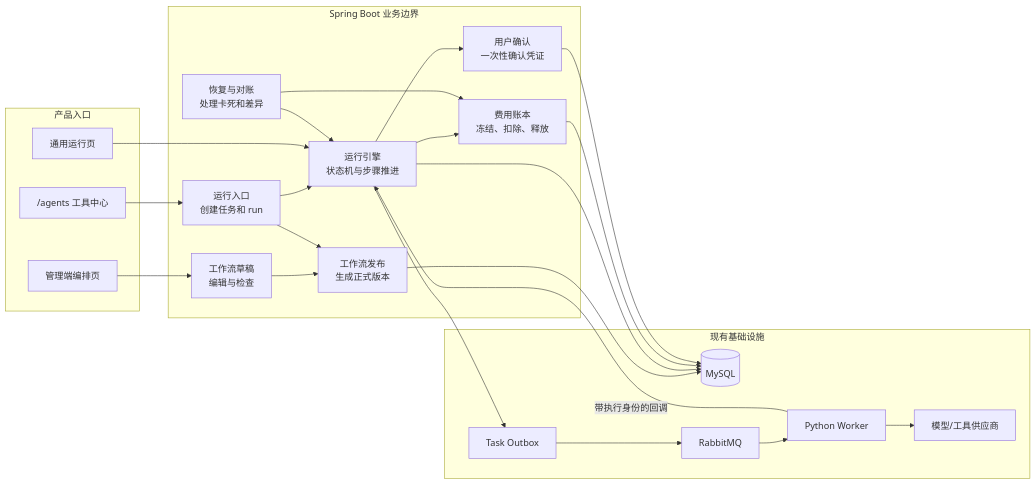
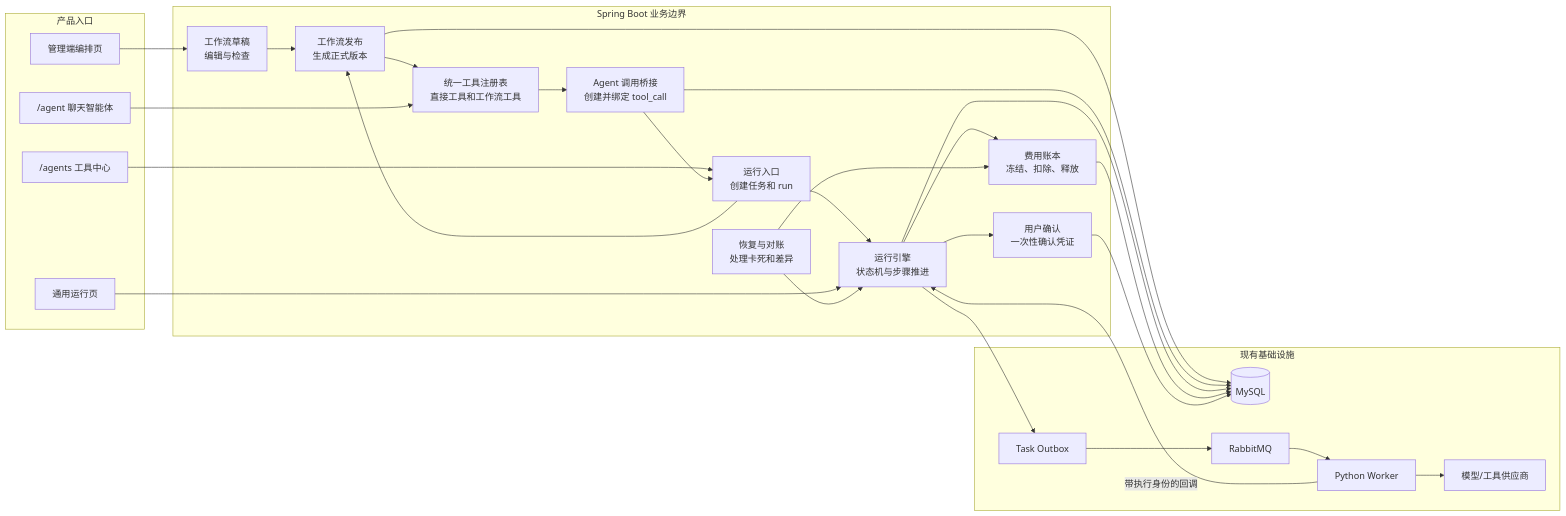
Before and after one commit to LancyPluto/update_aiworkspace: the second of 11 diagrams in docs/superpowers/specs/2026-07-13-workflow-tools-p0-v2-design.md, drawn with Mermaid. The commit also changed other lines of this file, not shown here.

Commit message:
docs: align workflow tools with agent calls

````diff
--- a/docs/superpowers/specs/2026-07-13-workflow-tools-p0-v2-design.md
+++ b/docs/superpowers/specs/2026-07-13-workflow-tools-p0-v2-design.md
@@ -112,41 +115,47 @@
 ```mermaid
 flowchart LR
   subgraph Surfaces["产品入口"]
     Admin["管理端编排页"]
     Agents["/agents 工具中心"]
+    Chat["/agent 聊天智能体"]
     Viewer["通用运行页"]
   end
 
   subgraph Backend["Spring Boot 业务边界"]
     Definition["工作流草稿<br/>编辑与检查"]
     Publication["工作流发布<br/>生成正式版本"]
+    Registry["统一工具注册表<br/>直接工具和工作流工具"]
+    AgentBridge["Agent 调用桥接<br/>创建并绑定 tool_call"]
     Application["运行入口<br/>创建任务和 run"]
     Runner["运行引擎<br/>状态机与步骤推进"]
     Confirmation["用户确认<br/>一次性确认凭证"]
     Billing["费用账本<br/>冻结、扣除、释放"]
     Recovery["恢复与对账<br/>处理卡死和差异"]
   end
 
   subgraph Infra["现有基础设施"]
     DB[("MySQL")]
     Outbox["Task Outbox"]
     MQ["RabbitMQ"]
     Worker["Python Worker"]
     Provider["模型/工具供应商"]
   end
 
   Admin --> Definition --> Publication --> DB
+  Publication --> Registry
   Agents --> Application
+  Chat --> Registry --> AgentBridge --> Application
+  AgentBridge --> DB
   Application --> Publication
   Application --> Runner
   Runner --> Billing
   Runner --> Confirmation
   Runner --> Outbox --> MQ --> Worker --> Provider
   Worker -->|"带执行身份的回调"| Runner
   Viewer --> Runner
   Recovery --> Runner
   Recovery --> Billing
   Runner --> DB
   Billing --> DB
   Confirmation --> DB
 ```
````
